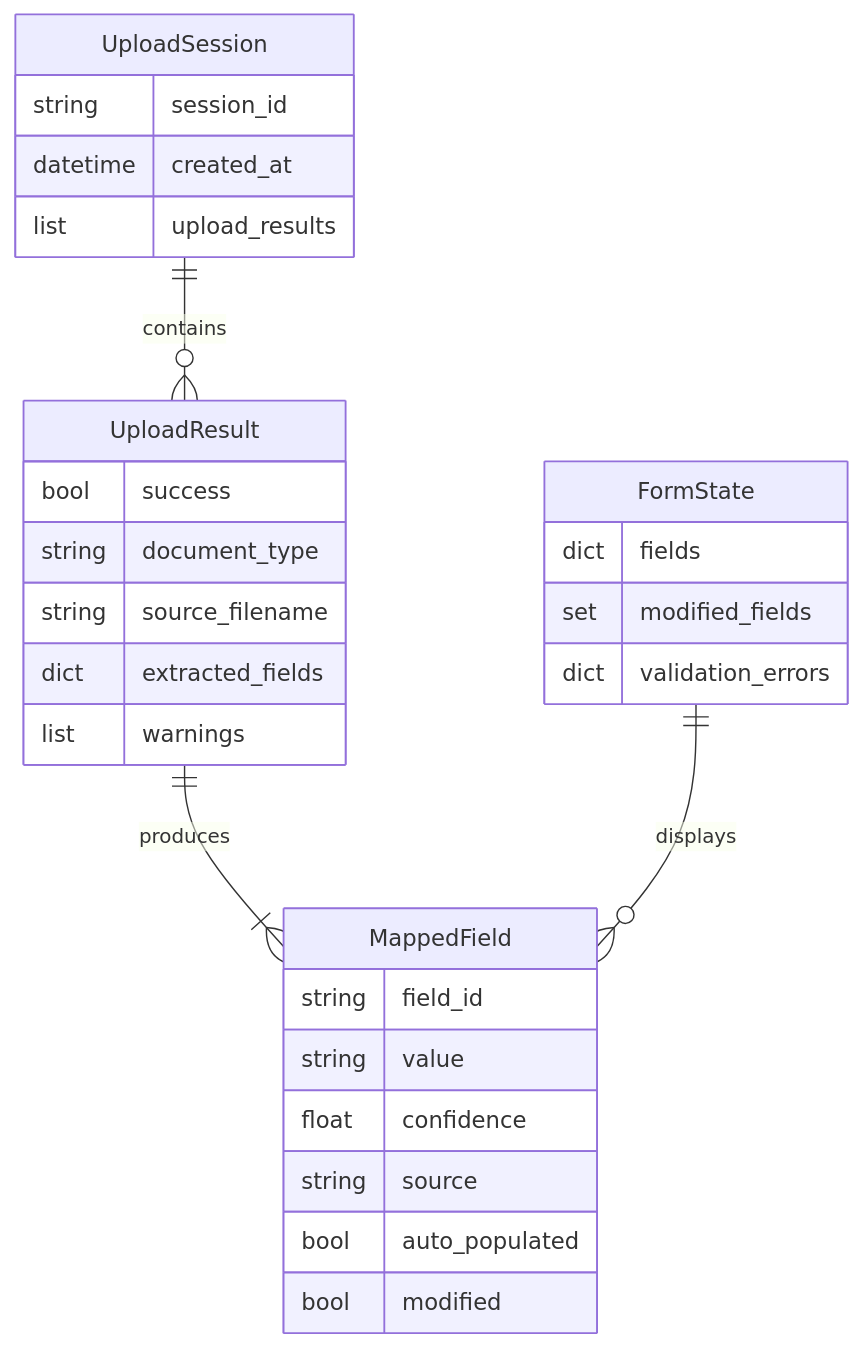
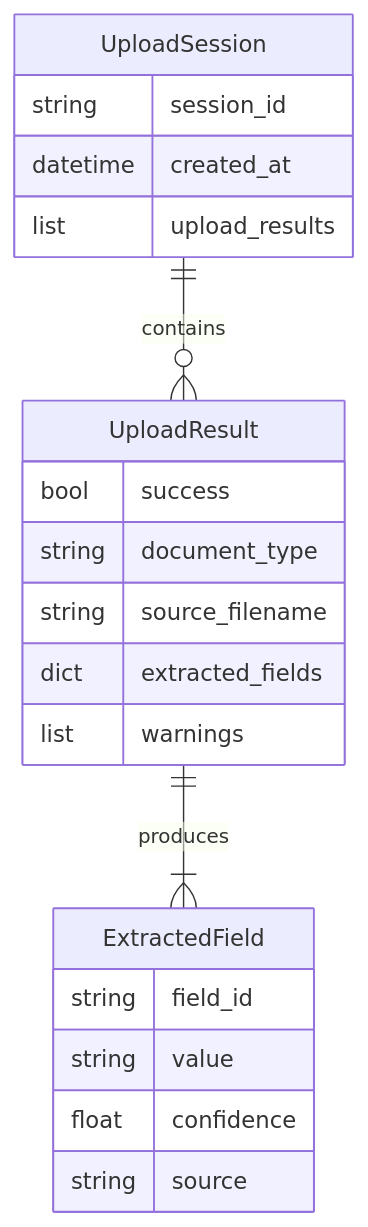
One commit to Red64llc/tryalma-test changed the fourth of 4 diagrams in .kiro/specs/document-upload-ui/design.md. Above: the diagram before and after it, drawn with Mermaid. The commit also changed other lines of this file and 2 other files, not shown here.

````diff
--- a/.kiro/specs/document-upload-ui/design.md
+++ b/.kiro/specs/document-upload-ui/design.md
@@ -735,35 +730,26 @@
 ```mermaid
 erDiagram
     UploadSession ||--o{ UploadResult : contains
-    UploadResult ||--|{ MappedField : produces
-    FormState ||--o{ MappedField : displays
+    UploadResult ||--|{ ExtractedField : produces
 
     UploadSession {
         string session_id
         datetime created_at
         list upload_results
     }
 
     UploadResult {
         bool success
         string document_type
         string source_filename
         dict extracted_fields
         list warnings
     }
 
-    MappedField {
+    ExtractedField {
         string field_id
         string value
         float confidence
         string source
-        bool auto_populated
-        bool modified
-    }
-
-    FormState {
-        dict fields
-        set modified_fields
-        dict validation_errors
     }
 ```
````
